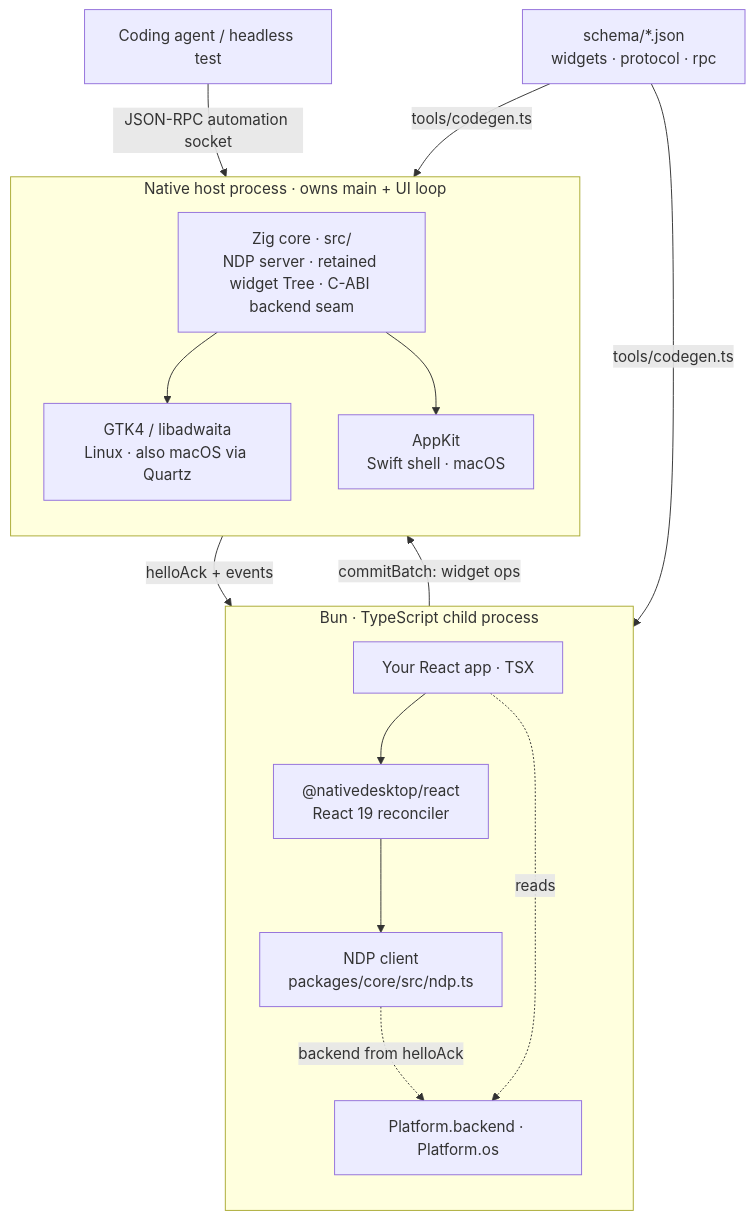
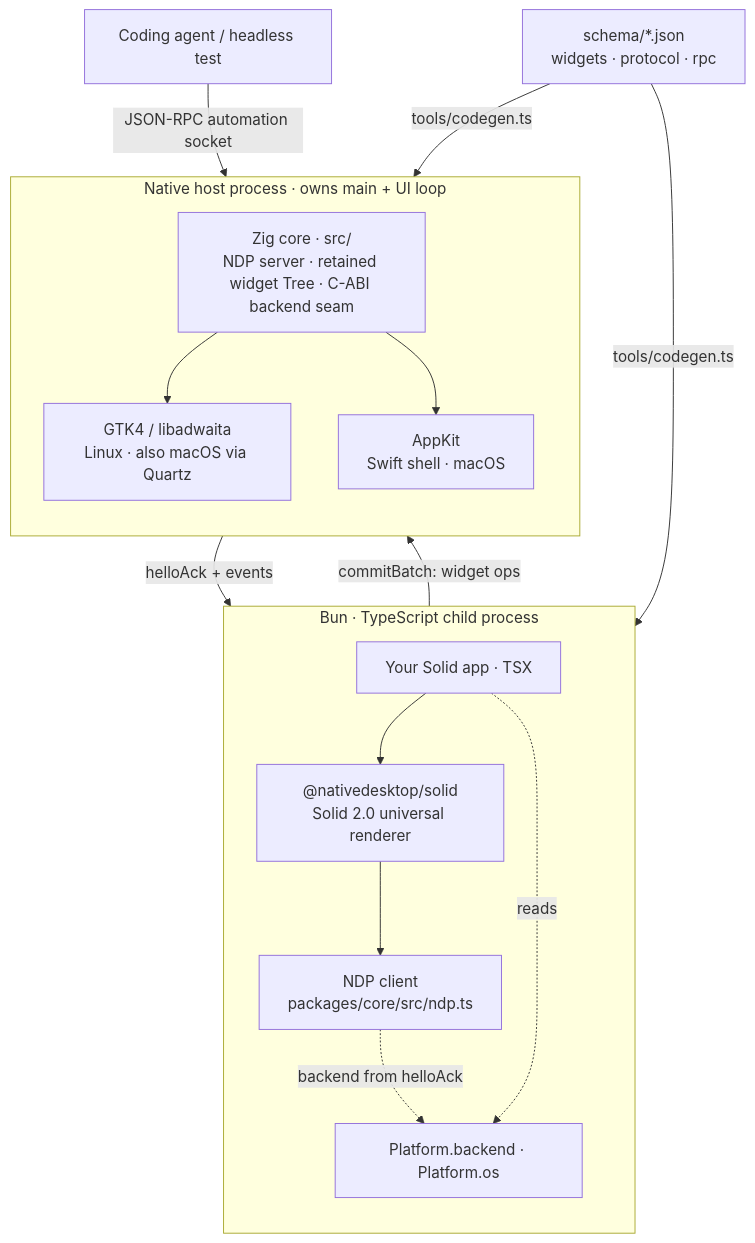
The diagram in docs-site/src/content/docs/core-concepts/architecture.md (FormalSnake/NativeDesktop), drawn with Mermaid before and after one commit. The commit also changed other lines of this file and 20 other files, not shown here.

````diff
--- a/docs-site/src/content/docs/core-concepts/architecture.md
+++ b/docs-site/src/content/docs/core-concepts/architecture.md
@@ -12,29 +12,29 @@
 ```mermaid
 flowchart TB
     subgraph CHILD["Bun · TypeScript child process"]
         direction TB
-        APP["Your React app · TSX"]
-        RECON["@nativedesktop/react<br/>React 19 reconciler"]
+        APP["Your Solid app · TSX"]
+        RECON["@nativedesktop/solid<br/>Solid 2.0 universal renderer"]
         NDPC["NDP client<br/>packages/core/src/ndp.ts"]
         PLAT["Platform.backend · Platform.os"]
         APP --> RECON --> NDPC
         NDPC -.->|"backend from helloAck"| PLAT
         APP -.->|reads| PLAT
     end
 
     subgraph HOST["Native host process · owns main + UI loop"]
         direction TB
         CORE["Zig core · src/<br/>NDP server · retained widget Tree · C-ABI backend seam"]
         GTK["GTK4 / libadwaita<br/>Linux · also macOS via Quartz"]
         APPKIT["AppKit<br/>Swift shell · macOS"]
         CORE --> GTK
         CORE --> APPKIT
     end
 
     NDPC -->|"commitBatch: widget ops"| CORE
     CORE -->|"helloAck + events"| NDPC
     AGENT["Coding agent / headless test"] -->|"JSON-RPC automation socket"| CORE
 
     SCHEMA["schema/*.json<br/>widgets · protocol · rpc"] -->|tools/codegen.ts| RECON
     SCHEMA -->|tools/codegen.ts| CORE
 ```
````
